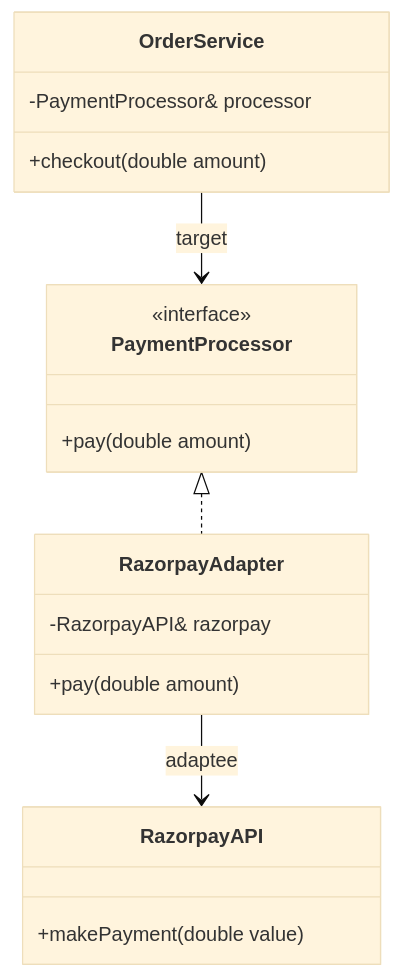
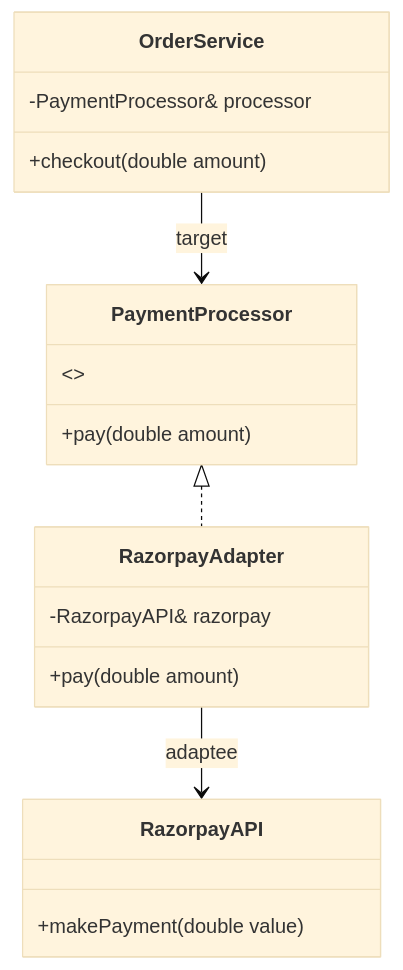
One commit to Ravindra230105/low-level-design changed the fourth of 5 diagrams in DesignPattern/README.md. Above: the diagram before and after it, drawn with Mermaid (base theme). The commit also changed other lines of this file and 3 other files, not shown here.

````diff
--- a/DesignPattern/README.md
+++ b/DesignPattern/README.md
@@ -232,21 +463,41 @@
 ```mermaid
+
 classDiagram
+
     class PaymentProcessor {
-        <<interface>>
+
+        <\<interface>>
+
         +pay(double amount)
+
     }
+
     class RazorpayAPI {
+
         +makePayment(double value)
+
     }
+
     class RazorpayAdapter {
+
         -RazorpayAPI& razorpay
+
         +pay(double amount)
+
     }
+
     class OrderService {
+
         -PaymentProcessor& processor
+
         +checkout(double amount)
+
     }
+
     PaymentProcessor <|.. RazorpayAdapter
+
     RazorpayAdapter --> RazorpayAPI : adaptee
+
     OrderService --> PaymentProcessor : target
+
 ```
````
